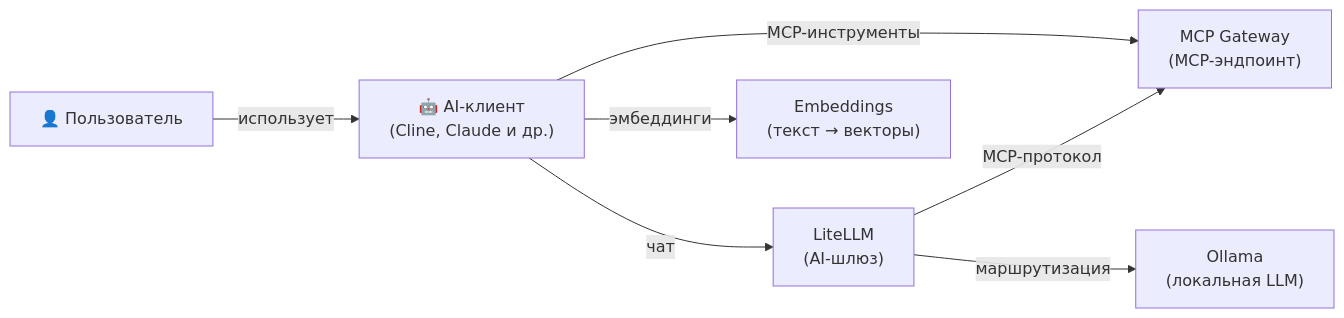
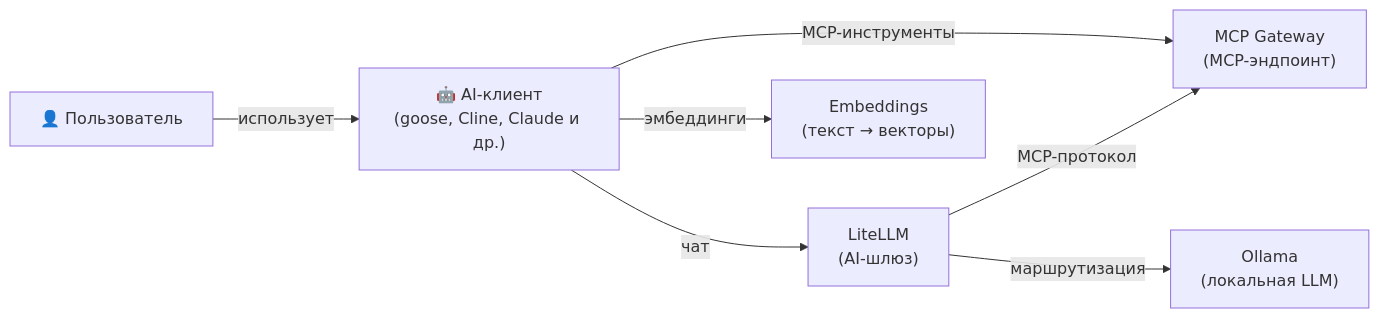
Before and after one commit to hwdsl2/self-hosted-ai-stack: the diagram in stacks/code-assistant/README-ru.md, drawn with Mermaid. The commit also changed other lines of this file and 12 other files, not shown here.

````diff
--- a/stacks/code-assistant/README-ru.md
+++ b/stacks/code-assistant/README-ru.md
@@ -17,9 +17,9 @@
 ```mermaid
 graph LR
-    U["👤 Пользователь"] -->|использует| C["🤖 AI-клиент<br/>(Cline, Claude и др.)"]
+    U["👤 Пользователь"] -->|использует| C["🤖 AI-клиент<br/>(goose, Cline, Claude и др.)"]
     C -->|MCP-инструменты| M["MCP Gateway<br/>(MCP-эндпоинт)"]
     C -->|чат| L["LiteLLM<br/>(AI-шлюз)"]
     L -->|маршрутизация| O["Ollama<br/>(локальная LLM)"]
     L -->|MCP-протокол| M
     C -->|эмбеддинги| E["Embeddings<br/>(текст → векторы)"]
 ```
````
